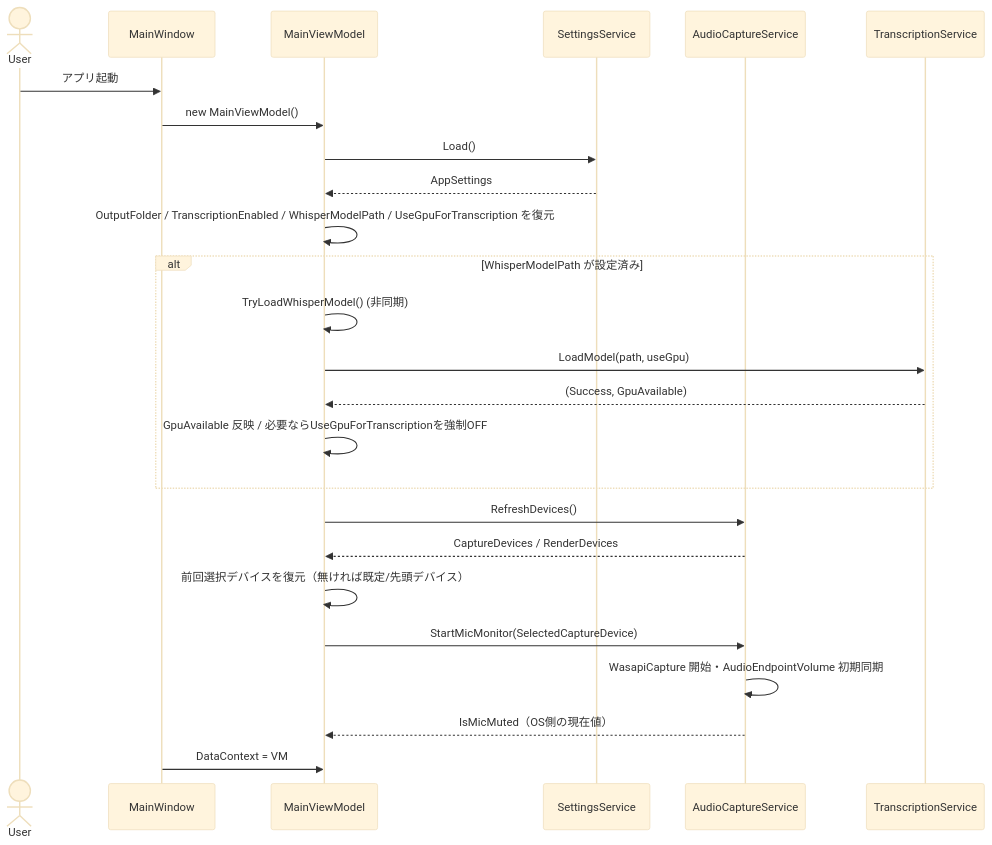
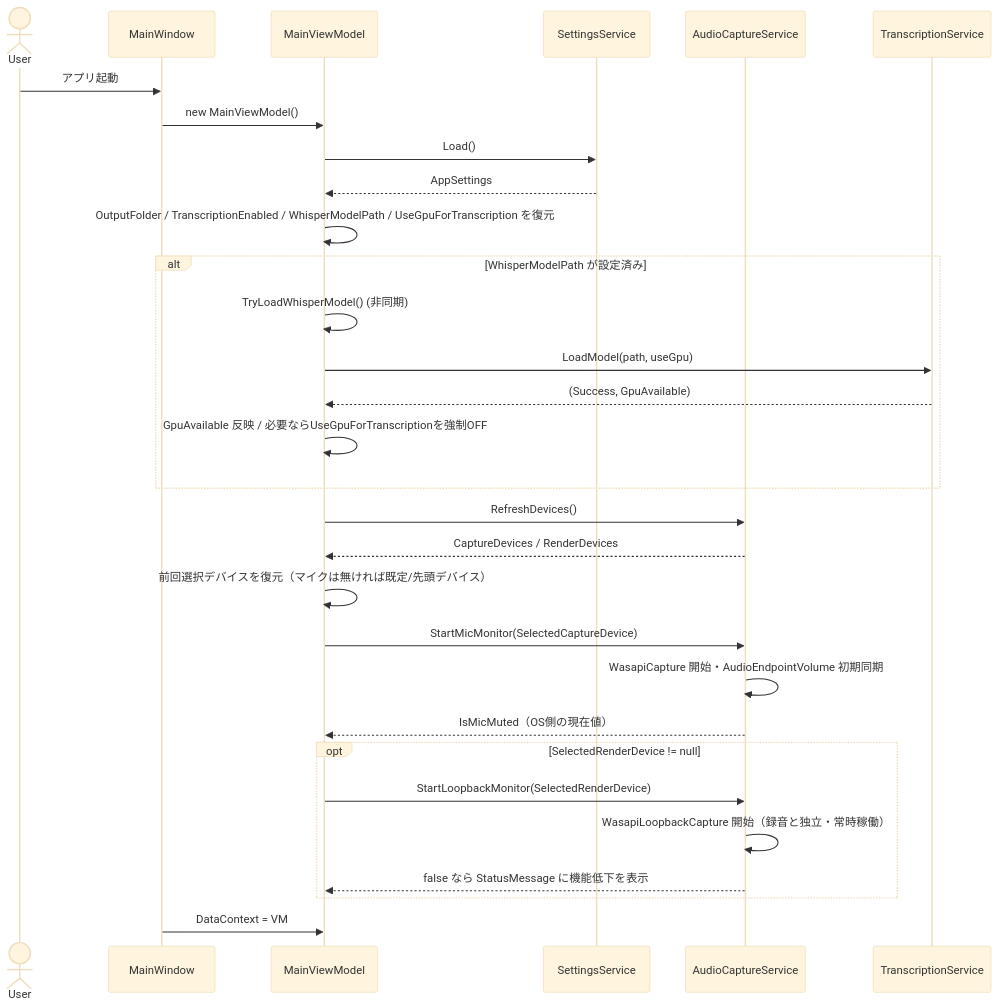
Before and after one commit to otomac/audio-capture-app: the first of 7 diagrams in docs/spec/04_sequence_diagram.md, drawn with Mermaid (base theme). The commit also changed other lines of this file and 7 other files, not shown here.

````diff
--- a/docs/spec/04_sequence_diagram.md
+++ b/docs/spec/04_sequence_diagram.md
@@ -7,30 +7,37 @@
 ```mermaid
 sequenceDiagram
     actor User
     participant MW as MainWindow
     participant VM as MainViewModel
     participant SS as SettingsService
     participant ACS as AudioCaptureService
     participant TS as TranscriptionService
 
     User->>MW: アプリ起動
     MW->>VM: new MainViewModel()
     VM->>SS: Load()
     SS-->>VM: AppSettings
     VM->>VM: OutputFolder / TranscriptionEnabled / WhisperModelPath / UseGpuForTranscription を復元
 
     alt WhisperModelPath が設定済み
         VM->>VM: TryLoadWhisperModel() (非同期)
         VM->>TS: LoadModel(path, useGpu)
         TS-->>VM: (Success, GpuAvailable)
         VM->>VM: GpuAvailable 反映 / 必要ならUseGpuForTranscriptionを強制OFF
     end
 
     VM->>ACS: RefreshDevices()
     ACS-->>VM: CaptureDevices / RenderDevices
-    VM->>VM: 前回選択デバイスを復元（無ければ既定/先頭デバイス）
+    VM->>VM: 前回選択デバイスを復元（マイクは無ければ既定/先頭デバイス）
     VM->>ACS: StartMicMonitor(SelectedCaptureDevice)
     ACS->>ACS: WasapiCapture 開始・AudioEndpointVolume 初期同期
     ACS-->>VM: IsMicMuted（OS側の現在値）
+
+    opt SelectedRenderDevice != null
+        VM->>ACS: StartLoopbackMonitor(SelectedRenderDevice)
+        ACS->>ACS: WasapiLoopbackCapture 開始（録音と独立・常時稼働）
+        ACS-->>VM: false なら StatusMessage に機能低下を表示
+    end
+
     MW->>VM: DataContext = VM
 ```
````
